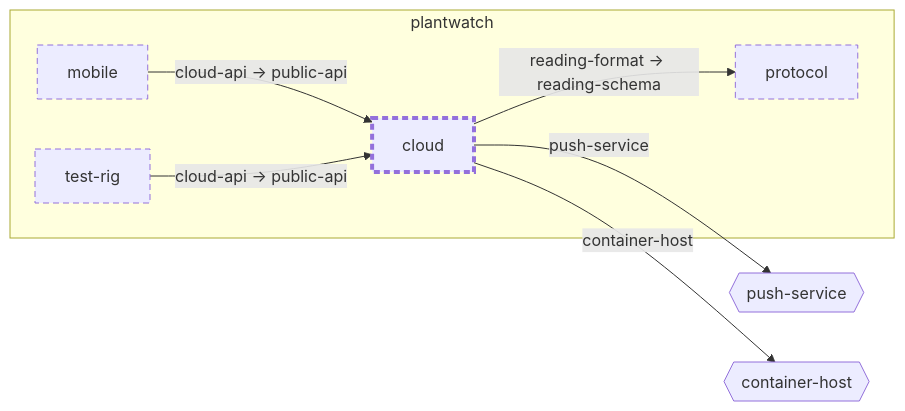
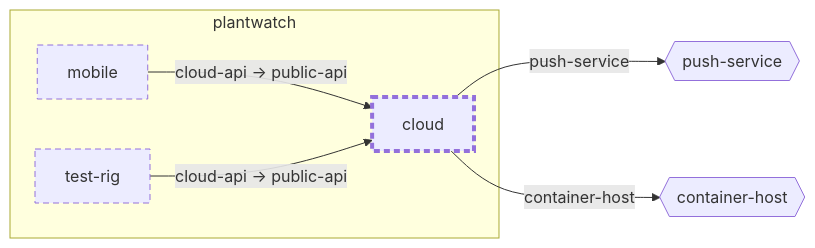
The diagram in examples/plantwatch/cloud/docs/diagrams/context.md (wackazong/unifold), drawn with Mermaid before and after one commit. The commit also changed other lines of this file and 383 other files, not shown here.

````diff
--- a/examples/plantwatch/cloud/docs/diagrams/context.md
+++ b/examples/plantwatch/cloud/docs/diagrams/context.md
@@ -8,22 +8,20 @@
 ```mermaid
 flowchart LR
   subgraph u_root["plantwatch"]
     u_cloud["cloud"]
     u_mobile["mobile"]
-    u_protocol["protocol"]
     u_test_drig["test-rig"]
   end
   n_root___push_dservice{{"push-service"}}
   n_root___container_dhost{{"container-host"}}
-  u_cloud -->|"reading-format → reading-schema"| u_protocol
   u_mobile -->|"cloud-api → public-api"| u_cloud
   u_cloud -->|"push-service"| n_root___push_dservice
   u_test_drig -->|"cloud-api → public-api"| u_cloud
   u_cloud -->|"container-host"| n_root___container_dhost
   classDef focus stroke-width:4px
   classDef planned stroke-dasharray:6 4
   classDef deprecated stroke-dasharray:2 2,opacity:0.6
   classDef plain stroke-dasharray:2 3
-  class u_cloud,u_mobile,u_protocol,u_test_drig planned
+  class u_cloud,u_mobile,u_test_drig planned
   class u_cloud focus
 ```
````
